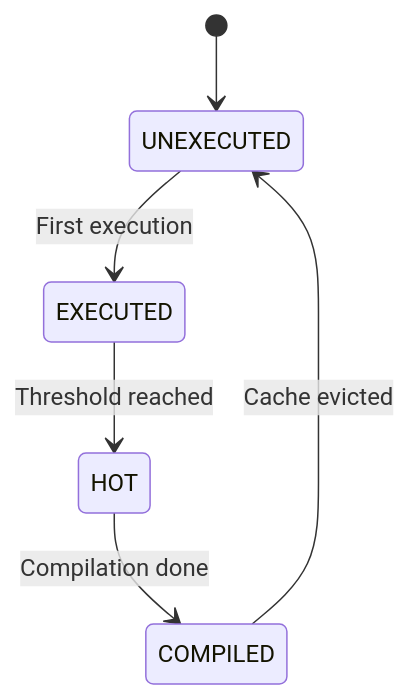
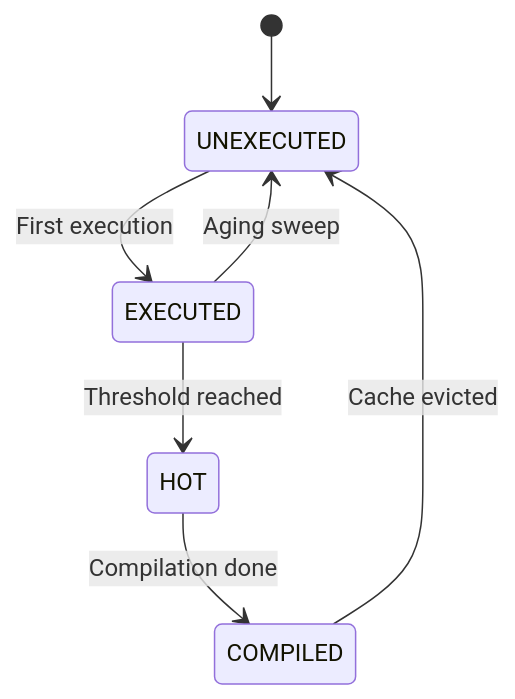
One commit to kmt-t/fireball changed the fifth of 6 diagrams in docs/components/tier3_jit/jit_runtime.md. Above: the diagram before and after it, drawn with Mermaid. The commit also changed other lines of this file and 16 other files, not shown here.

First line of the commit message:
Add JIT card aging sweep driven by bank rotation and its benchmark

````diff
--- a/docs/components/tier3_jit/jit_runtime.md
+++ b/docs/components/tier3_jit/jit_runtime.md
@@ -175,8 +227,9 @@
 ```mermaid
 stateDiagram-v2
     [*] --> UNEXECUTED
     UNEXECUTED --> EXECUTED: First execution
     EXECUTED --> HOT: Threshold reached
     HOT --> COMPILED: Compilation done
     COMPILED --> UNEXECUTED: Cache evicted
+    EXECUTED --> UNEXECUTED: Aging sweep
 ```
````
